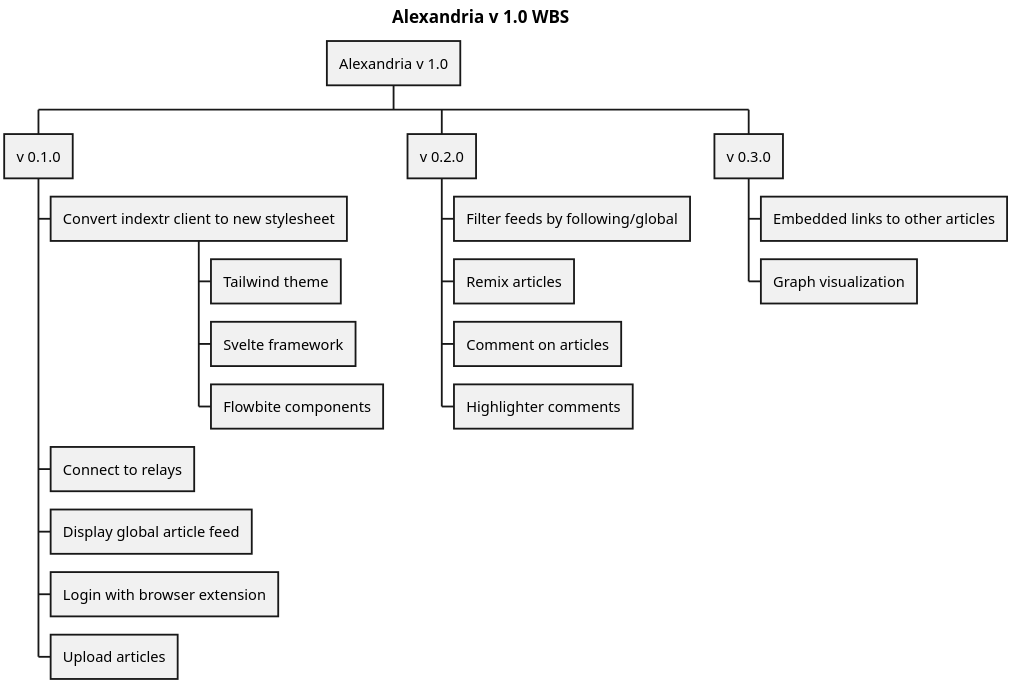
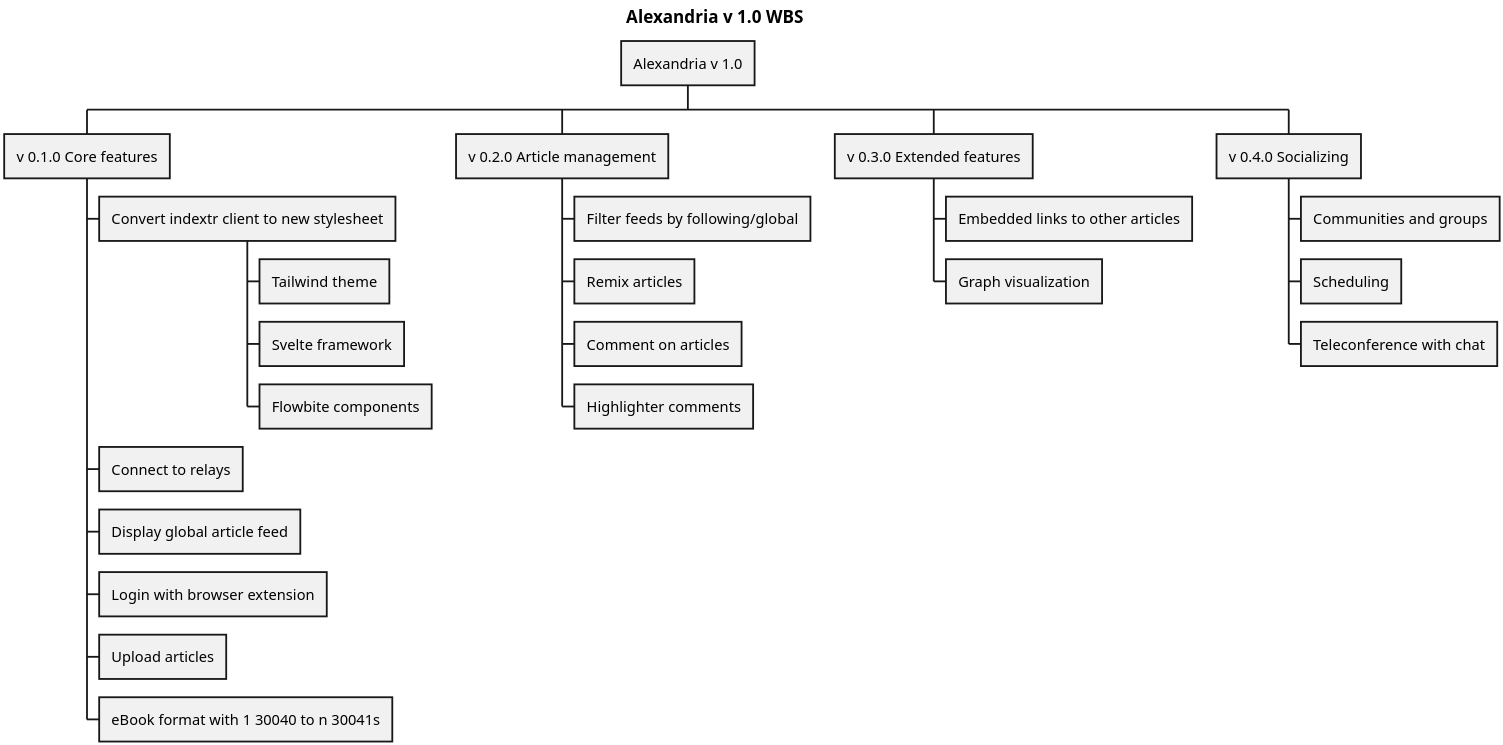
One commit to ShadowySupercode/gitcitadel changed the diagram in plantUML/Alexandria/Alexandria_v1.0_WBS.puml. Above: the diagram before and after it, drawn with PlantUML. The commit also changed 11 other files, not shown here.

Commit message:
Update to plantUML diagrams.

```diff
--- a/plantUML/Alexandria/Alexandria_v1.0_WBS.puml
+++ b/plantUML/Alexandria/Alexandria_v1.0_WBS.puml
@@ -1,25 +1,30 @@
 @startwbs Alexandria_v1.0_WBS
 
 skinparam dpi 300
 title Alexandria v 1.0 WBS
 
 * Alexandria v 1.0
-** v 0.1.0
+** v 0.1.0 Core features
 *** Convert indextr client to new stylesheet
 **** Tailwind theme
 **** Svelte framework
 **** Flowbite components
 *** Connect to relays
 *** Display global article feed
 *** Login with browser extension
 *** Upload articles
-** v 0.2.0
+*** eBook format with 1 30040 to n 30041s
+** v 0.2.0 Article management
 *** Filter feeds by following/global
 *** Remix articles
 *** Comment on articles
 *** Highlighter comments
-** v 0.3.0
+** v 0.3.0 Extended features
 *** Embedded links to other articles
 *** Graph visualization
+** v 0.4.0 Socializing
+*** Communities and groups
+*** Scheduling
+*** Teleconference with chat
 
 @endwbs
```
